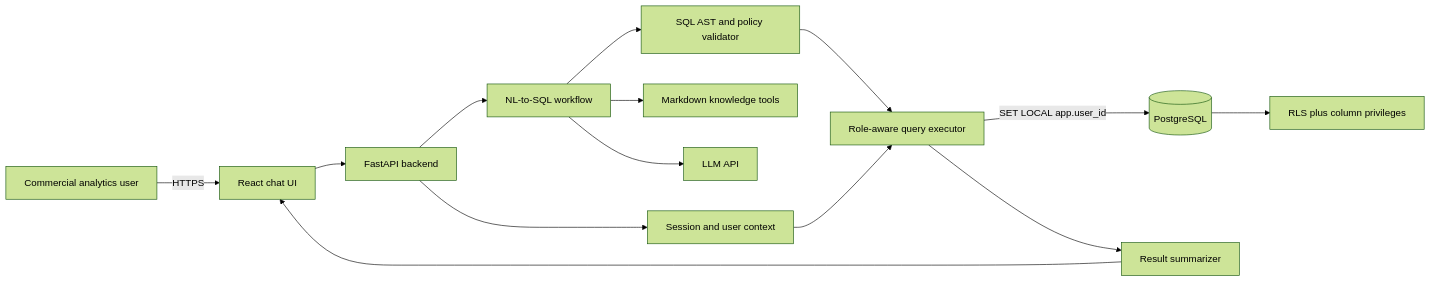
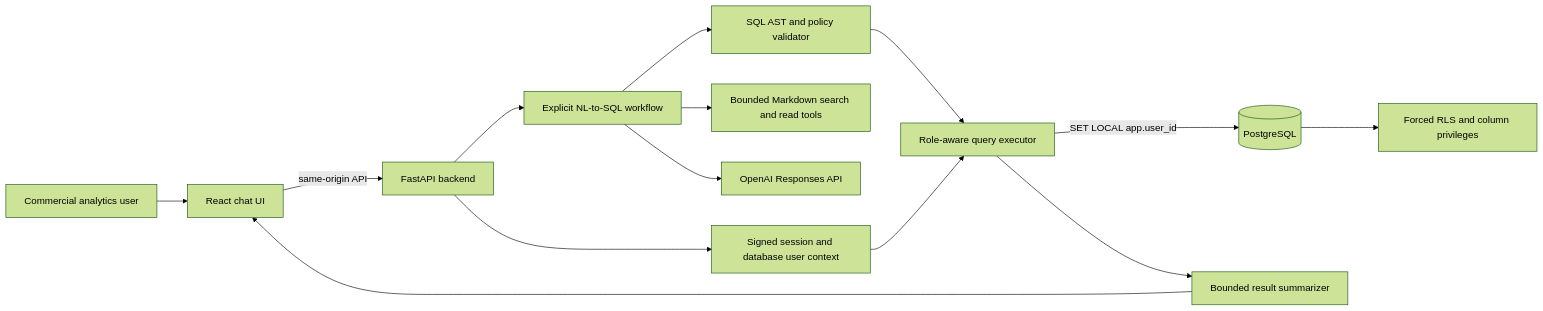
Before and after one commit to shraddhagadale/pharma-nl2sql-assistant: the first of 2 diagrams in DESIGN.md, drawn with Mermaid (forest theme). The commit also changed other lines of this file and 4 other files, not shown here.

````diff
--- a/DESIGN.md
+++ b/DESIGN.md
@@ -11,16 +22,16 @@
 ```mermaid
 flowchart LR
-    U[Commercial analytics user] -->|HTTPS| UI[React chat UI]
-    UI --> API[FastAPI backend]
-    API --> AUTH[Session and user context]
-    API --> AGENT[NL-to-SQL workflow]
-    AGENT --> DOMAIN[Markdown knowledge tools]
-    AGENT --> LLM[LLM API]
+    U[Commercial analytics user] --> UI[React chat UI]
+    UI -->|same-origin API| API[FastAPI backend]
+    API --> AUTH[Signed session and database user context]
+    API --> AGENT[Explicit NL-to-SQL workflow]
+    AGENT --> DOMAIN[Bounded Markdown search and read tools]
+    AGENT --> LLM[OpenAI Responses API]
     AGENT --> VALIDATOR[SQL AST and policy validator]
     VALIDATOR --> EXECUTOR[Role-aware query executor]
     AUTH --> EXECUTOR
     EXECUTOR -->|SET LOCAL app.user_id| PG[(PostgreSQL)]
-    PG --> RLS[RLS plus column privileges]
-    EXECUTOR --> ANSWER[Result summarizer]
+    PG --> RLS[Forced RLS and column privileges]
+    EXECUTOR --> ANSWER[Bounded result summarizer]
     ANSWER --> UI
 ```
````
